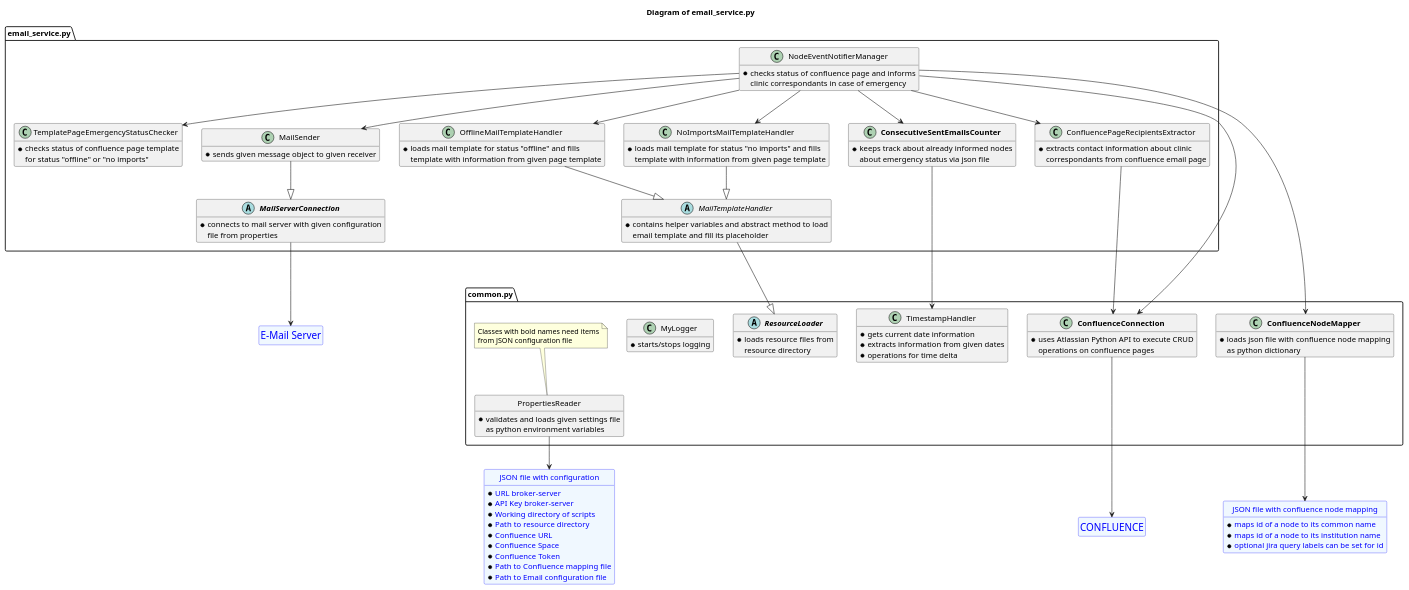
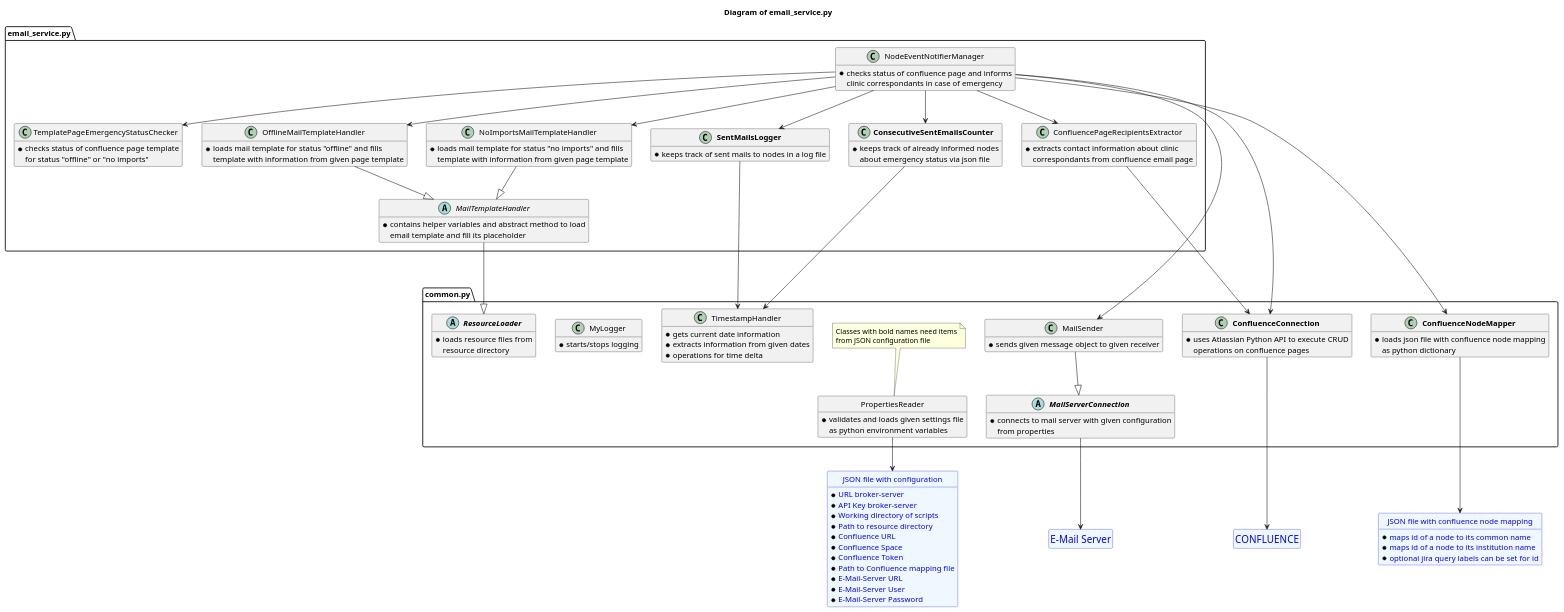
One commit to alexkombie/AKTIN_broker_monitor changed the diagram in docs/email_service.puml. Above: the diagram before and after it, drawn with PlantUML. The commit also changed 2 other files, not shown here.

Commit message:
updated architecture

```diff
--- a/docs/email_service.puml
+++ b/docs/email_service.puml
@@ -1,148 +1,160 @@
 @startuml
 hide methods
 
 title Diagram of email_service.py
 
 entity "<size:18>CONFLUENCE</size>" as confluence
 entity confluence #aliceblue;line:blue;text:blue
 hide confluence members
 hide confluence circle
 
 entity "JSON file with configuration" as settings {
 * URL broker-server
 * API Key broker-server
 * Working directory of scripts
 * Path to resource directory
 * Confluence URL
 * Confluence Space
 * Confluence Token
 * Path to Confluence mapping file
-* Path to Email configuration file
+* E-Mail-Server URL
+* E-Mail-Server User
+* E-Mail-Server Password
 }
 entity settings #aliceblue;line:blue;text:blue
 hide settings circle
 
 entity "JSON file with confluence node mapping" as mapping {
 * maps id of a node to its common name
 * maps id of a node to its institution name
 * optional jira query labels can be set for id
 }
 entity mapping #aliceblue;line:blue;text:blue
 hide mapping circle
 
 entity "<size:18>E-Mail Server</size>" as email
 entity email #aliceblue;line:blue;text:blue
 hide email members
 hide email circle
 
 
 '###################################################################'
 
 package "common.py" as common <<Package>> {
 abstract class "**ResourceLoader**" as ResourceLoader {
 * loads resource files from
 resource directory
 }
 
 class "**ConfluenceConnection**" as ConfluenceConnection {
 * uses Atlassian Python API to execute CRUD
 operations on confluence pages
 }
 
 class "**ConfluenceNodeMapper**" as ConfluenceNodeMapper {
 * loads json file with confluence node mapping
 as python dictionary
 }
 
 class TimestampHandler {
 * gets current date information
 * extracts information from given dates
 * operations for time delta
 }
 
+abstract class "**MailServerConnection**" as MailServerConnection {
+* connects to mail server with given configuration
+from properties
+}
+
+class MailSender {
+* sends given message object to given receiver
+}
+
 class MyLogger {
 * starts/stops logging
 }
 
 class PropertiesReader {
 * validates and loads given settings file
 as python environment variables
 }
 hide PropertiesReader circle
 note top of PropertiesReader: Classes with bold names need items\nfrom JSON configuration file
 }
 
+MailServerConnection -d-> email
+MailSender -d-|> MailServerConnection
+
 ConfluenceConnection -d--> confluence
 ConfluenceNodeMapper -d--> mapping
 PropertiesReader --> settings
 
 '###################################################################'
 
 package "email_service.py" as email_service <<Package>> {
-abstract class "**MailServerConnection**" as MailServerConnection {
-* connects to mail server with given configuration
-file from properties
-}
 
-class MailSender {
-* sends given message object to given receiver
-}
 
 abstract class MailTemplateHandler {
 * contains helper variables and abstract method to load
 email template and fill its placeholder
 }
 
 class OfflineMailTemplateHandler {
 * loads mail template for status "offline" and fills
 template with information from given page template
 }
 
 class NoImportsMailTemplateHandler {
 * loads mail template for status "no imports" and fills
 template with information from given page template
 }
 
 class ConfluencePageRecipientsExtractor {
 * extracts contact information about clinic
 correspondants from confluence email page
 }
 
 class TemplatePageEmergencyStatusChecker {
 * checks status of confluence page template
 for status "offline" or "no imports"
 }
 
 class "**ConsecutiveSentEmailsCounter**" as ConsecutiveSentEmailsCounter {
-* keeps track about already informed nodes
+* keeps track of already informed nodes
 about emergency status via json file
+}
+
+class "**SentMailsLogger**" as SentMailsLogger {
+* keeps track of sent mails to nodes in a log file
 }
 
 class NodeEventNotifierManager {
 * checks status of confluence page and informs
 clinic correspondants in case of emergency
 }
 }
 
-MailServerConnection ---> email
 
-MailSender --|> MailServerConnection
 
 MailTemplateHandler ---|> ResourceLoader
 OfflineMailTemplateHandler --|> MailTemplateHandler
 NoImportsMailTemplateHandler --|> MailTemplateHandler
 
 ConfluencePageRecipientsExtractor ---> ConfluenceConnection
 
 ConsecutiveSentEmailsCounter --> TimestampHandler
 
+SentMailsLogger --> TimestampHandler
+
 NodeEventNotifierManager --> MailSender
 NodeEventNotifierManager --> OfflineMailTemplateHandler
 NodeEventNotifierManager --> NoImportsMailTemplateHandler
 NodeEventNotifierManager --> ConfluencePageRecipientsExtractor
 NodeEventNotifierManager --> TemplatePageEmergencyStatusChecker
 NodeEventNotifierManager --> ConsecutiveSentEmailsCounter
 NodeEventNotifierManager --> ConfluenceConnection
 NodeEventNotifierManager --> ConfluenceNodeMapper
+NodeEventNotifierManager --> SentMailsLogger
 
 @enduml
```
